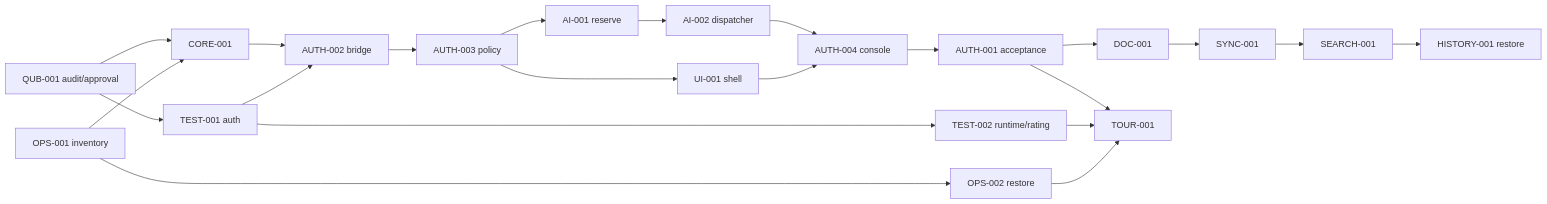
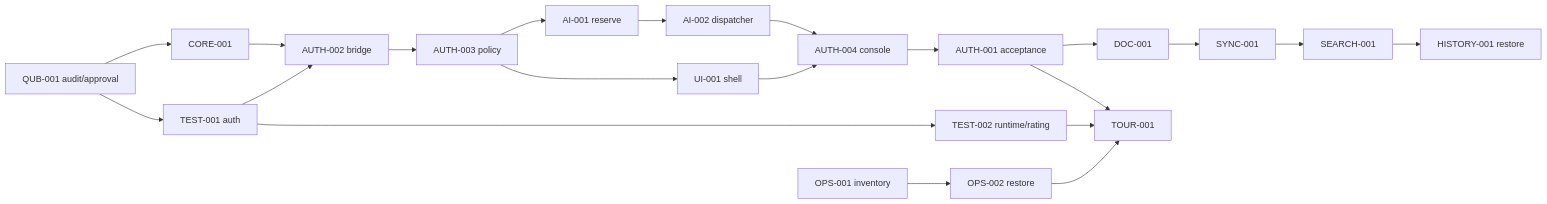
The diagram in docs/plan/ROADMAP.md (kirillkuz1122/qubite), drawn with Mermaid before and after one commit. The commit also changed 9 other files, not shown here.

````diff
--- a/docs/plan/ROADMAP.md
+++ b/docs/plan/ROADMAP.md
@@ -5,24 +5,23 @@
 ```mermaid
 flowchart LR
   AUD[QUB-001 audit/approval] --> CORE[CORE-001]
-  OPS[OPS-001 inventory] --> CORE
-  OPS --> BK[OPS-002 restore]
+  OPS[OPS-001 inventory] --> BK[OPS-002 restore]
   AUD --> AT[TEST-001 auth]
   AT --> TT[TEST-002 runtime/rating]
   CORE --> ID[AUTH-002 bridge]
   AT --> ID
   ID --> POL[AUTH-003 policy]
   POL --> AI[AI-001 reserve]
   AI --> DISP[AI-002 dispatcher]
   POL --> UI[UI-001 shell]
   DISP --> OC[AUTH-004 console]
   UI --> OC
   OC --> ACC[AUTH-001 acceptance]
   ACC --> NOTE[DOC-001]
   NOTE --> SYNC[SYNC-001]
   SYNC --> FIND[SEARCH-001]
   FIND --> HIST[HISTORY-001 restore]
   ACC --> TOUR[TOUR-001]
   TT --> TOUR
   BK --> TOUR
 ```
````
